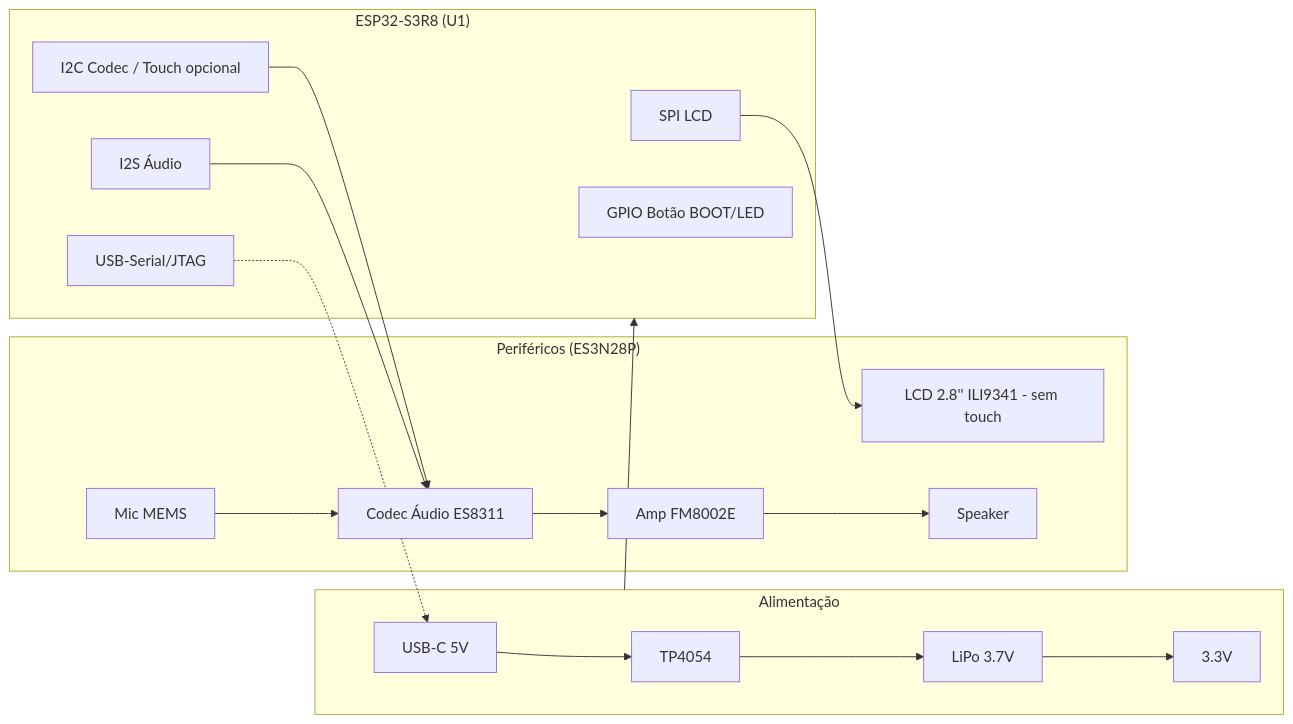
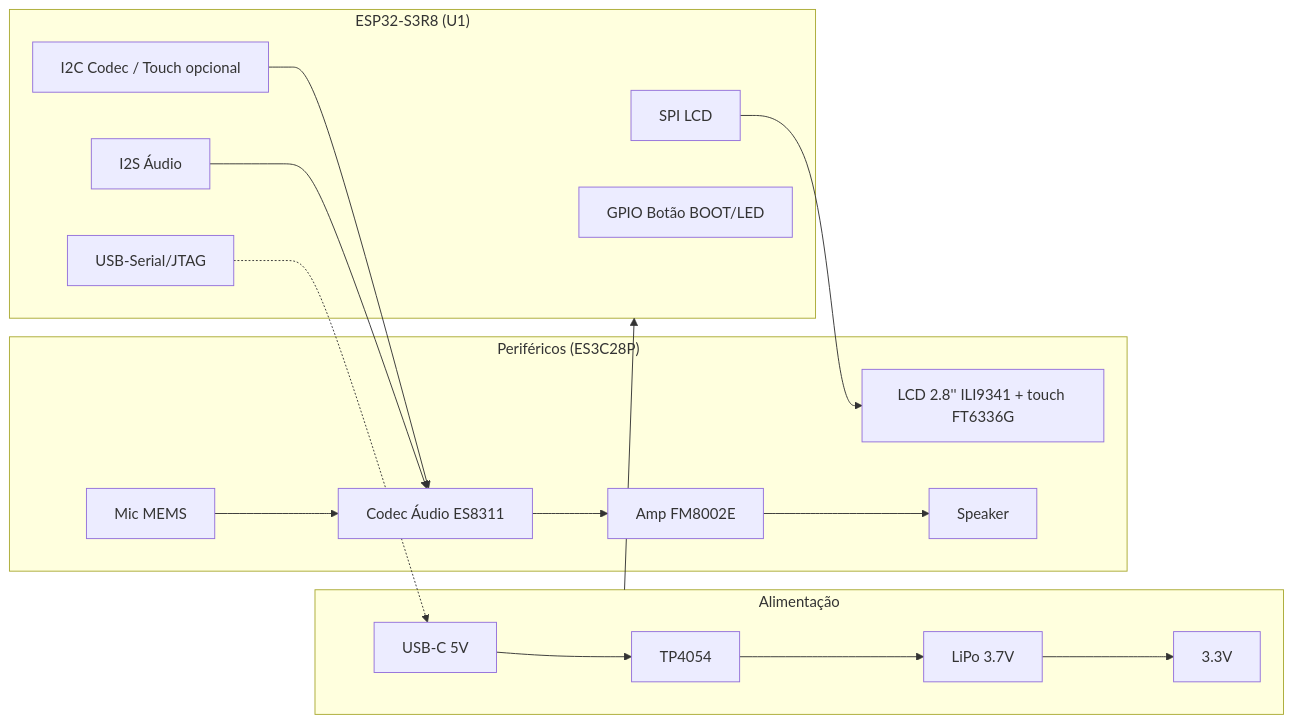
The diagram in docs/hardware.md (deopmdecastro/dcassistent), drawn with Mermaid before and after one commit. The commit also changed other lines of this file and 26 other files, not shown here.

````diff
--- a/docs/hardware.md
+++ b/docs/hardware.md
@@ -117,28 +117,28 @@
 ```mermaid
 flowchart LR
     subgraph ALIM["Alimentação"]
         USB[USB-C 5V] --> CHG[TP4054] --> BAT[LiPo 3.7V] --> REG[3.3V]
     end
 
     subgraph ESP["ESP32-S3R8 (U1)"]
         SPI[SPI LCD]
         I2C[I2C Codec / Touch opcional]
         I2S[I2S Áudio]
         GPIO[GPIO Botão BOOT/LED]
         USB2[USB-Serial/JTAG]
     end
 
-    subgraph PERIF["Periféricos (ES3N28P)"]
-        LCD[LCD 2.8'' ILI9341 - sem touch]
+    subgraph PERIF["Periféricos (ES3C28P)"]
+        LCD[LCD 2.8'' ILI9341 + touch FT6336G]
         CODEC[Codec Áudio ES8311]
         AMP[Amp FM8002E] --> SPK[Speaker]
         MIC[Mic MEMS] --> CODEC
     end
 
     ALIM --> ESP
     SPI --> LCD
     I2C --> CODEC
     I2S --> CODEC
     CODEC --> AMP
     USB2 -.-> USB
 ```
````
